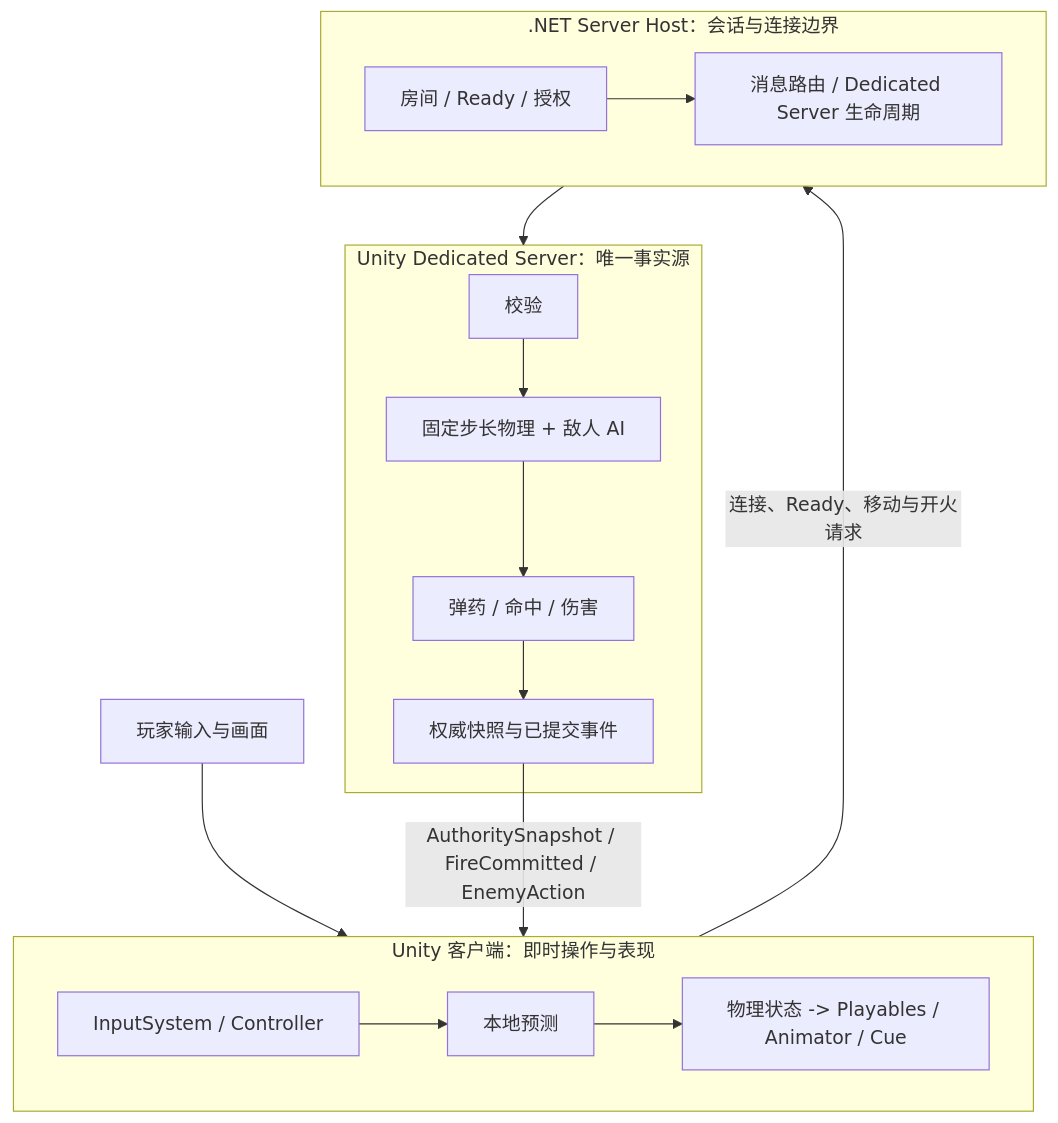
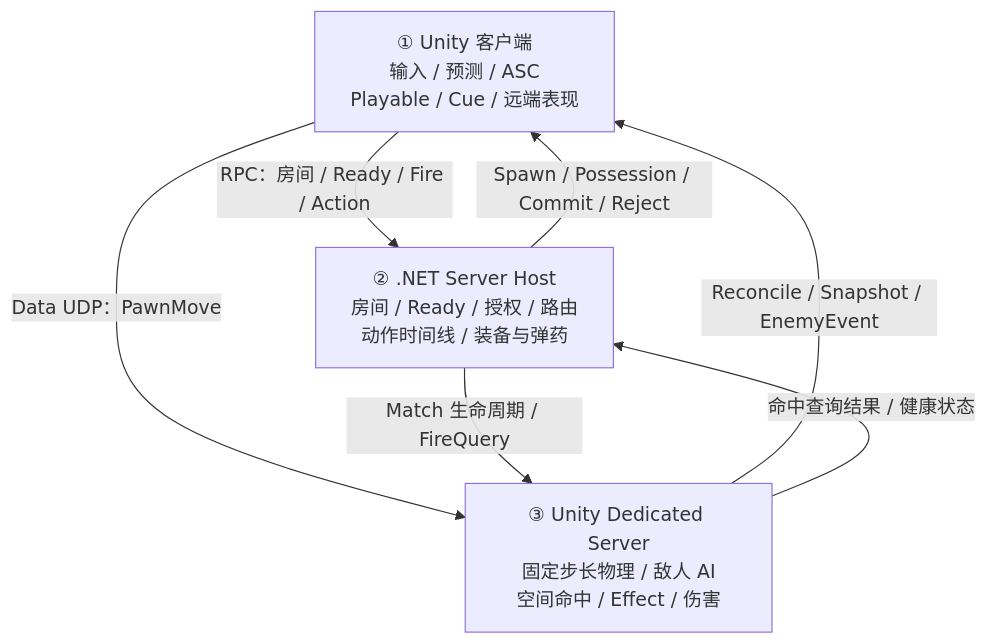
One commit to kiannaad/FPSDemo changed the diagram in README.md. Above: the diagram before and after it, drawn with Mermaid. The commit also changed other lines of this file, not shown here.

````diff
--- a/README.md
+++ b/README.md
@@ -7,27 +7,15 @@
 ```mermaid
 flowchart TB
-    Player[玩家输入与画面] --> Client
+    Client["① Unity 客户端<br/>输入 / 预测 / ASC<br/>Playable / Cue / 远端表现"]
+    Host["② .NET Server Host<br/>房间 / Ready / 授权 / 路由<br/>动作时间线 / 装备与弹药"]
+    Dedicated["③ Unity Dedicated Server<br/>固定步长物理 / 敌人 AI<br/>空间命中 / Effect / 伤害"]
 
-    subgraph Client[Unity 客户端：即时操作与表现]
-        Input[InputSystem / Controller] --> Predict[本地预测]
-        Predict --> Visual[物理状态 -> Playables / Animator / Cue]
-    end
+    Client -->|"RPC：房间 / Ready / Fire / Action"| Host
+    Host -->|"Spawn / Possession / Commit / Reject"| Client
 
-    Client -->|连接、Ready、移动与开火请求| Host
+    Client -->|"Data UDP：PawnMove"| Dedicated
+    Dedicated -->|"Reconcile / Snapshot / EnemyEvent"| Client
 
-    subgraph Host[.NET Server Host：会话与连接边界]
-        Room[房间 / Ready / 授权]
-        Router[消息路由 / Dedicated Server 生命周期]
-        Room --> Router
-    end
-
-    Host --> Server
-
-    subgraph Server[Unity Dedicated Server：唯一事实源]
-        Validate[校验] --> Simulate[固定步长物理 + 敌人 AI]
-        Simulate --> Combat[弹药 / 命中 / 伤害]
-        Combat --> Commit[权威快照与已提交事件]
-    end
-
-    Commit -->|AuthoritySnapshot / FireCommitted / EnemyAction| Client
+    Host -->|"Match 生命周期 / FireQuery"| Dedicated
+    Dedicated -->|"命中查询结果 / 健康状态"| Host
 ```
````
